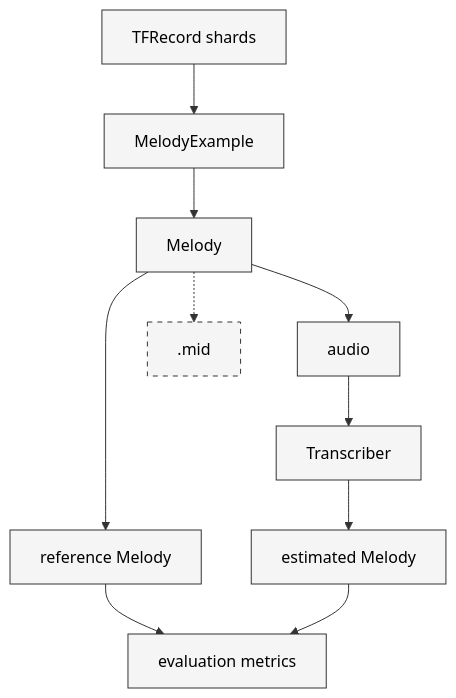
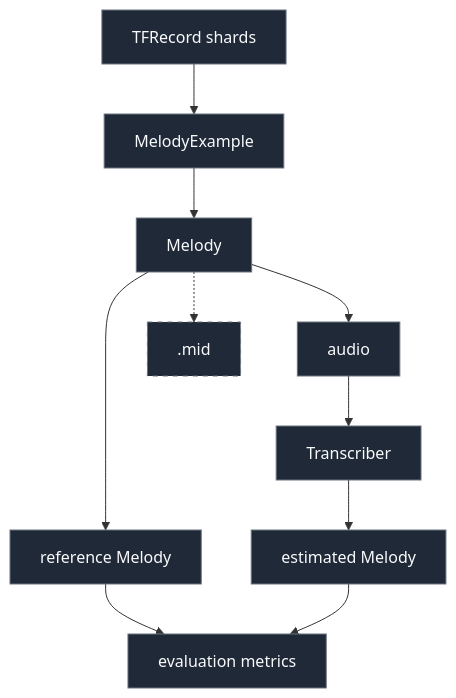
Before and after one commit to rdguzman-dev/scribr: the diagram in README.md, drawn with Mermaid.

Commit message:
style(readme): update Mermaid diagram colors

````diff
--- a/README.md
+++ b/README.md
@@ -152,30 +152,30 @@
 ```mermaid
 flowchart TD
     A[TFRecord shards] --> B[MelodyExample]
     B --> C[Melody]
 
     C --> F[audio]
     F --> H[Transcriber]
     H --> I[estimated Melody]
 
     C --> K[reference Melody]
     K --> J[evaluation metrics]
     I --> J
 
     C -.-> G[.mid]
 
     style G stroke-dasharray: 5 5
 
     click A "https://github.com/rdguzman-dev/scribr/blob/main/src/scribr/data/dataset.py"
     click B "https://github.com/rdguzman-dev/scribr/blob/main/src/scribr/representation/melody.py"
     click C "https://github.com/rdguzman-dev/scribr/blob/main/src/scribr/representation/melody.py"
     click F "https://github.com/rdguzman-dev/scribr/blob/main/src/scribr/synthesis/synthesizer.py"
     click H "https://github.com/rdguzman-dev/scribr/blob/main/src/scribr/transcription.py"
     click I "https://github.com/rdguzman-dev/scribr/blob/main/src/scribr/representation/melody.py"
     click K "https://github.com/rdguzman-dev/scribr/blob/main/src/scribr/representation/melody.py"
     click J "https://github.com/rdguzman-dev/scribr/blob/main/src/scribr/evaluation/metrics.py"
     click G "https://github.com/rdguzman-dev/scribr/blob/main/src/scrbir/midi/writer.py"
 
-    classDef clickable fill:#f5f5f5,stroke:#333,color:#000
+    classDef clickable fill:#1f2937,stroke:#6b7280,color:#f9fafb
     class A,B,C,F,H,I,K,J,G clickable
 ```
````
